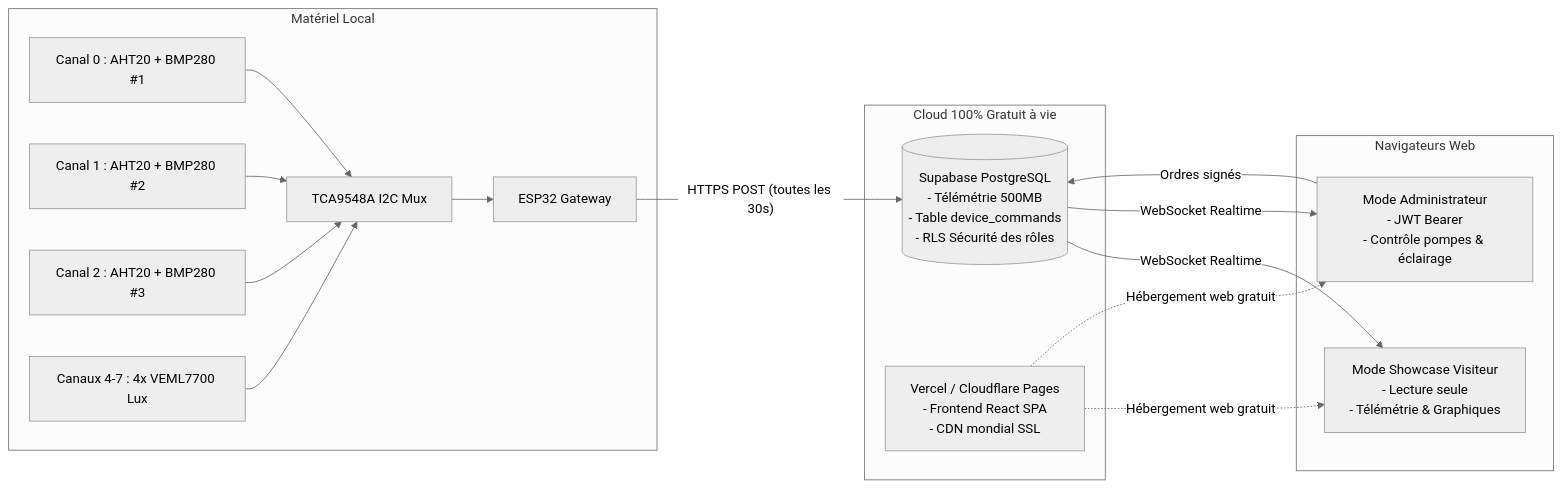
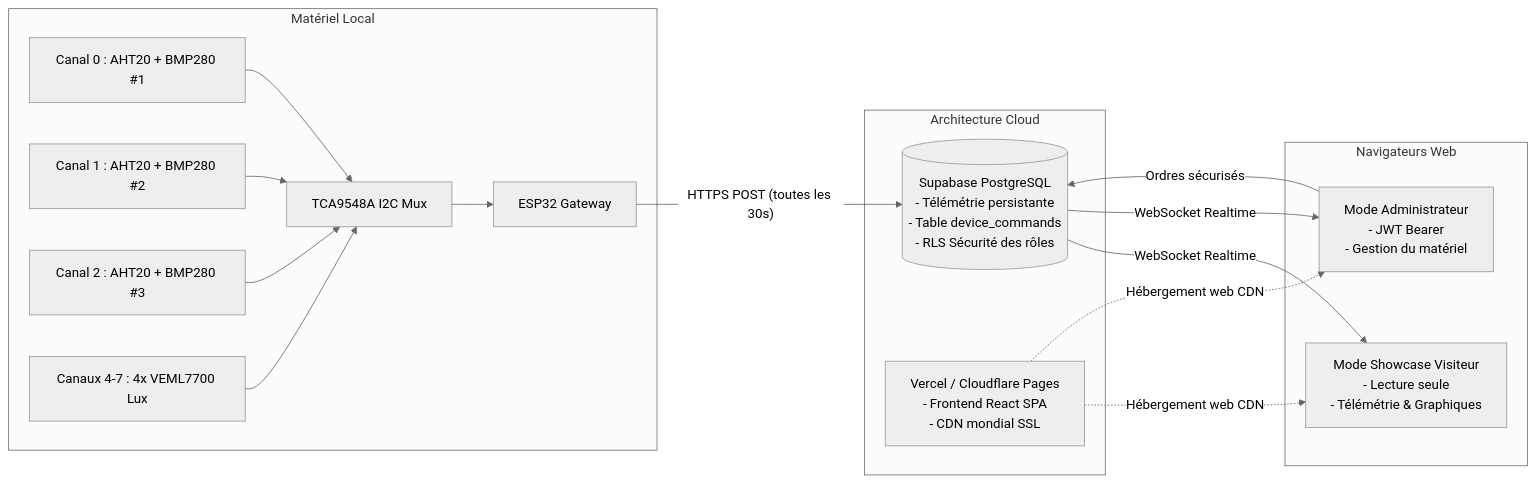
Before and after one commit to AlexMJBL/esp32-tower-showcase: the diagram in README.md, drawn with Mermaid (neutral theme). The commit also changed other lines of this file and 8 other files, not shown here.

````diff
--- a/README.md
+++ b/README.md
@@ -17,28 +17,28 @@
 ```mermaid
 flowchart LR
     subgraph Hardware [Matériel Local]
         ESP32[ESP32 Gateway]
         MUX[TCA9548A I2C Mux]
         S0[Canal 0 : AHT20 + BMP280 #1]
         S1[Canal 1 : AHT20 + BMP280 #2]
         S2[Canal 2 : AHT20 + BMP280 #3]
         L4[Canaux 4-7 : 4x VEML7700 Lux]
         
         S0 & S1 & S2 & L4 --> MUX --> ESP32
     end
 
-    subgraph CloudLayer [Cloud 100% Gratuit à vie]
-        Supabase[(Supabase PostgreSQL\n- Télémétrie 500MB\n- Table device_commands\n- RLS Sécurité des rôles)]
+    subgraph CloudLayer [Architecture Cloud]
+        Supabase[(Supabase PostgreSQL\n- Télémétrie persistante\n- Table device_commands\n- RLS Sécurité des rôles)]
         Vercel[Vercel / Cloudflare Pages\n- Frontend React SPA\n- CDN mondial SSL]
     end
 
     subgraph Clients [Navigateurs Web]
         PublicView[Mode Showcase Visiteur\n- Lecture seule\n- Télémétrie & Graphiques]
-        AdminView[Mode Administrateur\n- JWT Bearer\n- Contrôle pompes & éclairage]
+        AdminView[Mode Administrateur\n- JWT Bearer\n- Gestion du matériel]
     end
 
     ESP32 -- "HTTPS POST (toutes les 30s)" --> Supabase
     Supabase -- "WebSocket Realtime" --> PublicView & AdminView
-    AdminView -- "Ordres signés" --> Supabase
-    Vercel -. "Hébergement web gratuit" .-> PublicView & AdminView
+    AdminView -- "Ordres sécurisés" --> Supabase
+    Vercel -. "Hébergement web CDN" .-> PublicView & AdminView
 ```
````
